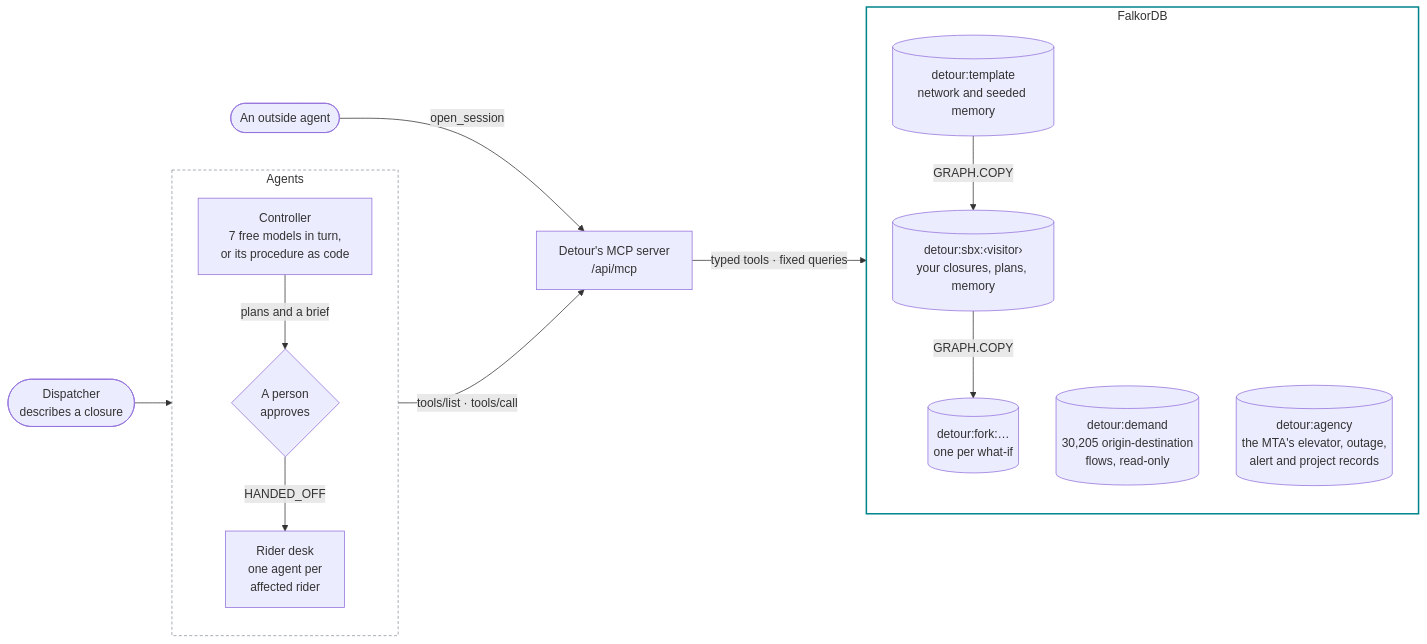
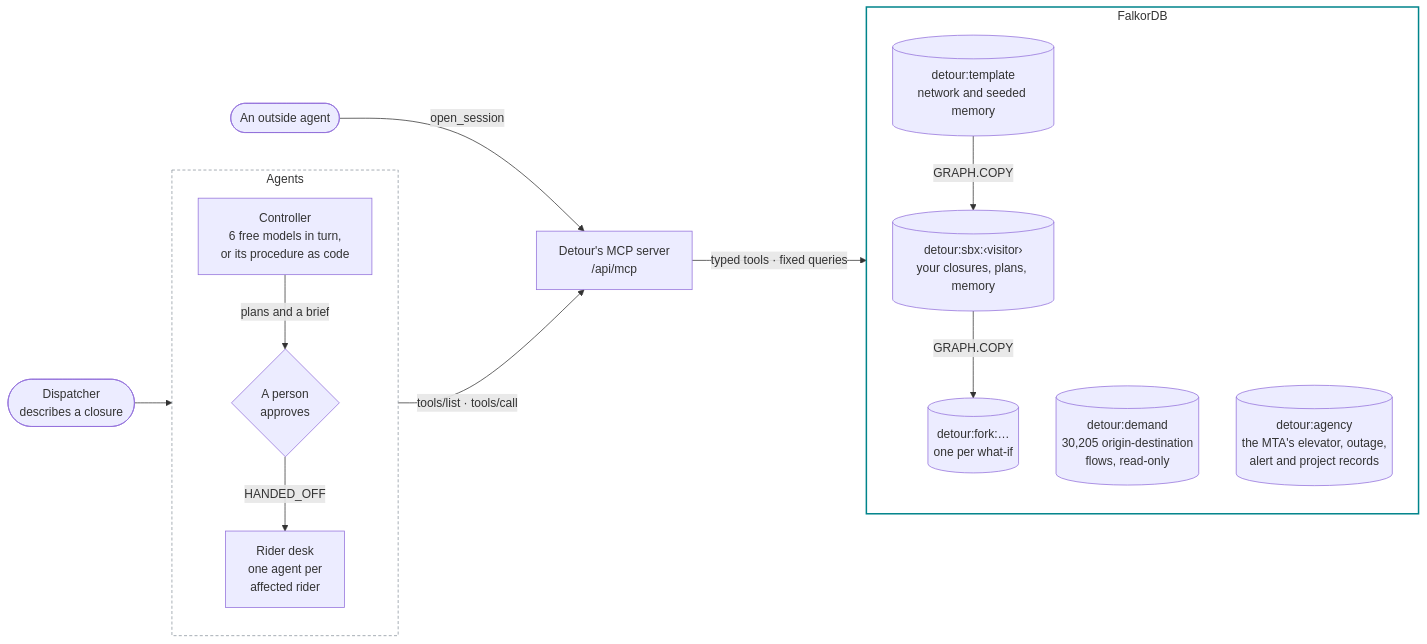
Before and after one commit to SaudSatopay/detour: the first of 3 diagrams in README.md, drawn with Mermaid. The commit also changed other lines of this file and 6 other files, not shown here.

First line of the commit message:
The agent eval stands at 26 of 28 held-out questions with the graph and 2 of 28 without it; retired Groq models leave the chain

````diff
--- a/README.md
+++ b/README.md
@@ -149,27 +149,27 @@
 ```mermaid
 flowchart LR
     dispatcher(["Dispatcher<br/>describes a closure"]) --> agents
     subgraph agents ["Agents"]
         direction TB
-        controller["Controller<br/>7 free models in turn,<br/>or its procedure as code"]
+        controller["Controller<br/>6 free models in turn,<br/>or its procedure as code"]
         approval{"A person<br/>approves"}
         desk["Rider desk<br/>one agent per<br/>affected rider"]
         controller -- "plans and a brief" --> approval
         approval -- "HANDED_OFF" --> desk
     end
     agents -- "tools/list · tools/call" --> mcp["Detour's MCP server<br/>/api/mcp"]
     outside(["An outside agent"]) -- "open_session" --> mcp
     mcp -- "typed tools · fixed queries" --> falkor
     subgraph falkor ["FalkorDB"]
         direction TB
         template[("detour:template<br/>network and seeded memory")]
         sandbox[("detour:sbx:‹visitor›<br/>your closures, plans, memory")]
         fork[("detour:fork:…<br/>one per what-if")]
         demand[("detour:demand<br/>30,205 origin-destination<br/>flows, read-only")]
         agency[("detour:agency<br/>the MTA's elevator, outage,<br/>alert and project records")]
         template -- "GRAPH.COPY" --> sandbox
         sandbox -- "GRAPH.COPY" --> fork
     end
     style agents fill:transparent,stroke:#8b949e,stroke-dasharray:4 3
     style falkor fill:transparent,stroke:#00848b,stroke-width:2px
 ```
````
